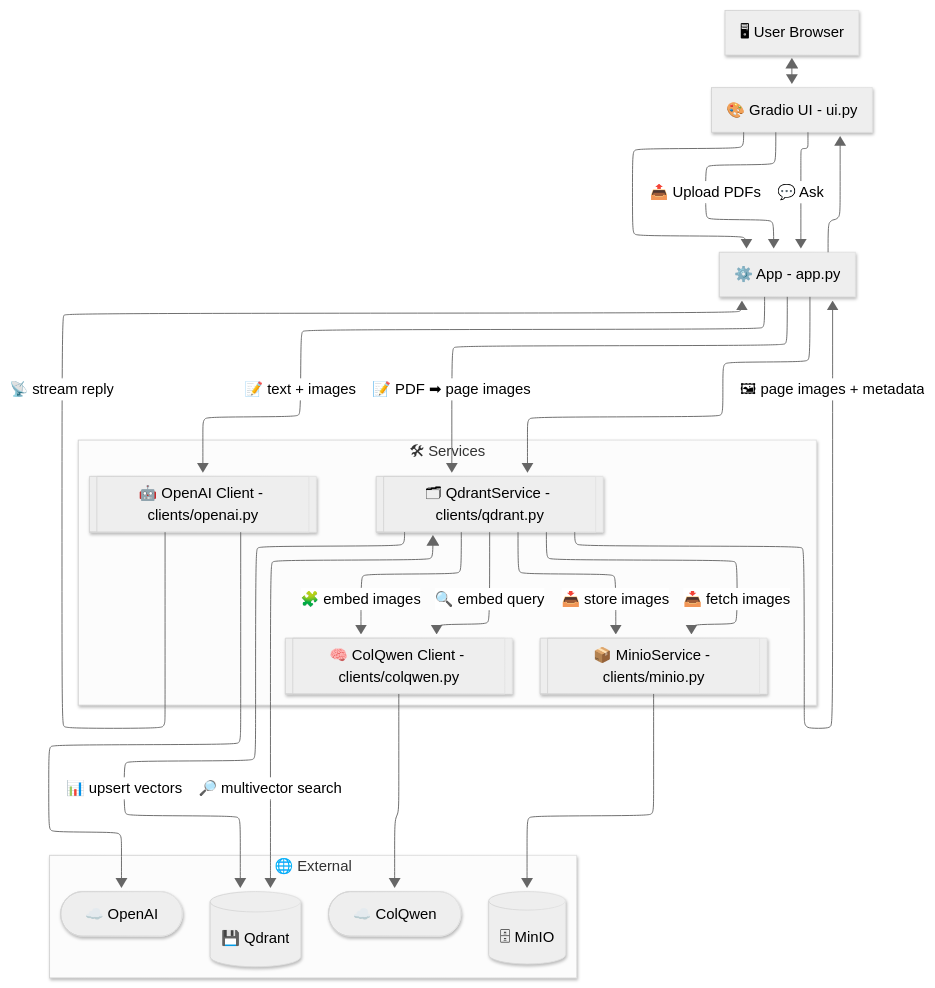
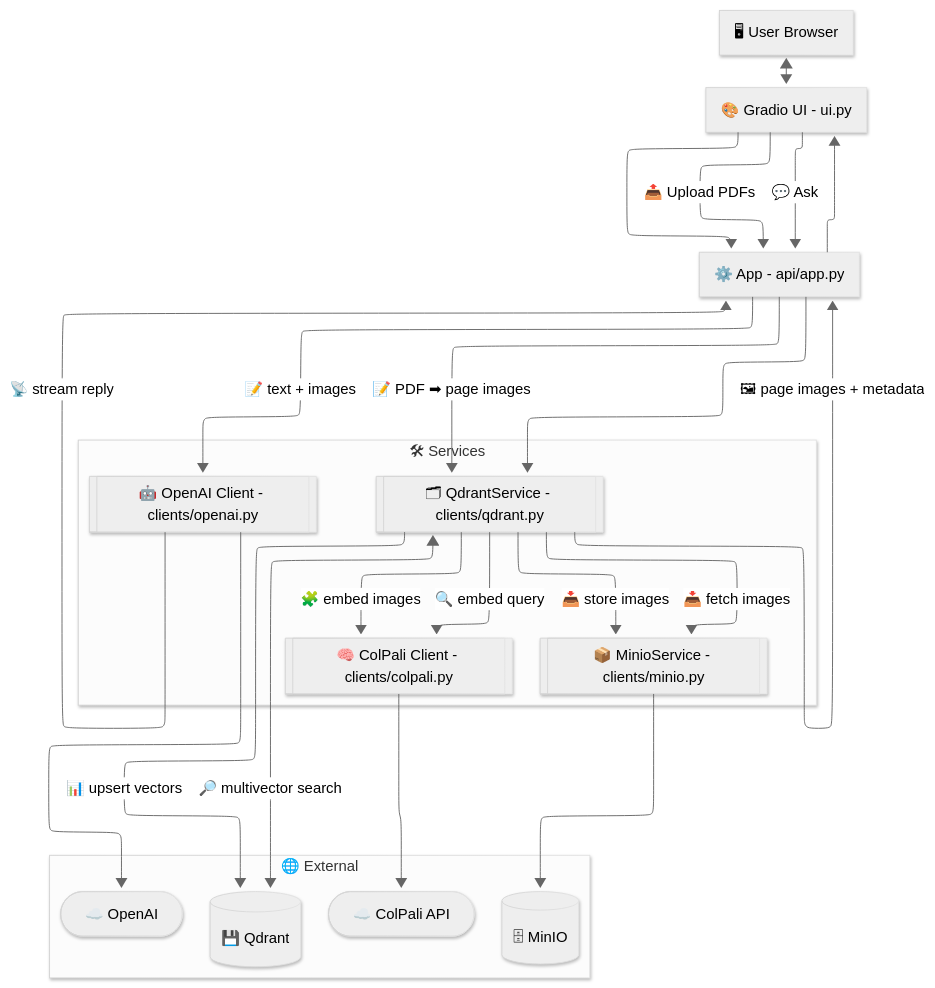
Before and after one commit to athrael-soju/Snappy: the diagram in docs/architecture.md, drawn with Mermaid. The commit also changed 1 other file, not shown here.

Commit message:
docs: add architecture diagram and update env config for CPU/GPU mode selection

````diff
--- a/docs/architecture.md
+++ b/docs/architecture.md
@@ -5,39 +5,39 @@
 ```mermaid
 ---
 config:
   theme: neutral
   layout: elk
   look: neo
 ---
 flowchart TB
  subgraph Services["🛠 Services"]
         QS[["🗂 QdrantService - clients/qdrant.py"]]
         MINIO[["📦 MinioService - clients/minio.py"]]
-        COL[["🧠 ColQwen Client - clients/colqwen.py"]]
+        COL[["🧠 ColPali Client - clients/colpali.py"]]
         OAI[["🤖 OpenAI Client - clients/openai.py"]]
   end
  subgraph External["🌐 External"]
         QD[("💾 Qdrant")]
         MN[("🗄 MinIO")]
-        CQ(["☁️ ColQwen"])
+        CQ(["☁️ ColPali API"])
         OA(["☁️ OpenAI"])
   end
     U["🖥 User Browser"] <--> UI["🎨 Gradio UI - ui.py"]
-    UI --> APP["⚙️ App - app.py"]
+    UI --> APP["⚙️ App - api/app.py"]
     UI -- 📤 Upload PDFs --> APP
     APP -- 📝 PDF ➡ page images --> QS
     QS -- 📥 store images --> MINIO
     MINIO --> MN
     QS -- 🧩 embed images --> COL
     COL --> CQ
     QS -- 📊 upsert vectors --> QD
     UI -- 💬 Ask --> APP
     APP --> QS & UI
     QS -- 🔍 embed query --> COL
     QS <-- 🔎 multivector search --> QD
     QS -- 📥 fetch images --> MINIO
     QS -- 🖼 page images + metadata --> APP
     APP -- 📝 text + images --> OAI
     OAI --> OA
     OAI -- 📡 stream reply --> APP
 ```
````
